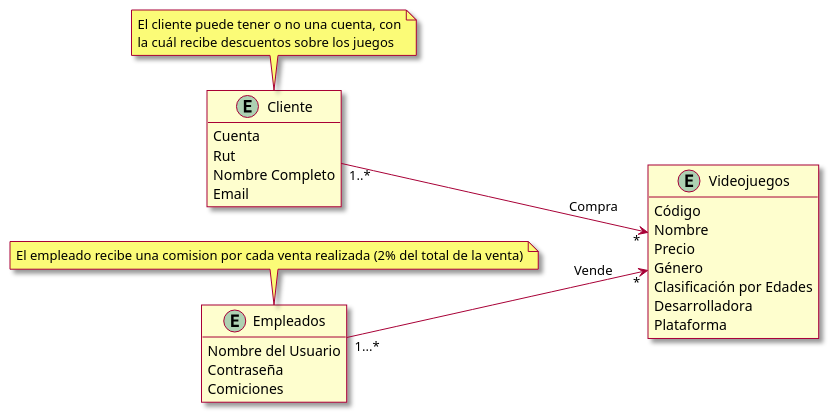
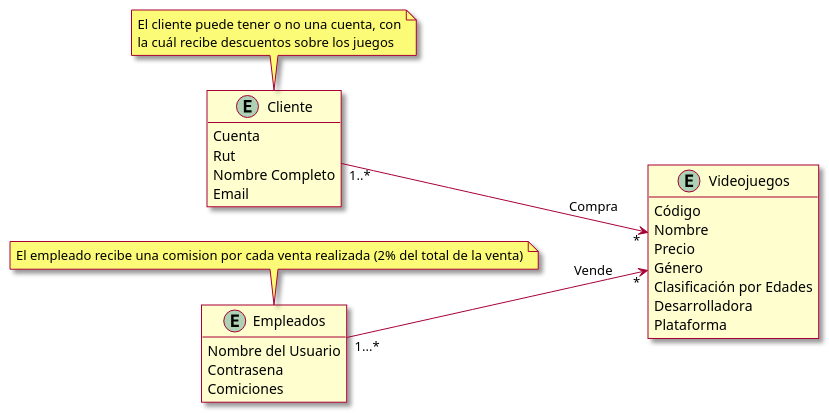
One commit to SrMoebius/-PA-Taller1_AguileraRodrigo-Cort-sDiego changed the diagram in src/Modelo del Dominio.puml. Above: the diagram before and after it, drawn with PlantUML.

Commit message:
fix: update domain model

```diff
--- a/src/Modelo del Dominio.puml
+++ b/src/Modelo del Dominio.puml
@@ -1,44 +1,44 @@
 @startuml
 'https://plantuml.com/sequence-diagram
 
 left to right direction
 skin rose
 hide methods
 
 'ENTIDADES
 
 entity Empleados{
     Nombre del Usuario
-    Contraseña
+    Contrasena
     Comiciones
 }
 
 entity Videojuegos{
     Código
     Nombre
     Precio
     Género
     Clasificación por Edades
     Desarrolladora
     Plataforma
 }
 
 entity Cliente{
     Cuenta
     Rut
     Nombre Completo
     Email
 }
 
 'NOTAS
 note "El cliente puede tener o no una cuenta, con\nla cuál recibe descuentos sobre los juegos" as Nota1
 note "El empleado recibe una comision por cada venta realizada (2% del total de la venta)" as Nota2
 
 'RELACIONES
 Empleados "1...*" --> "*" Videojuegos : Vende
 Cliente "1..*" --> "*" Videojuegos : Compra
 
 Nota1 -> Cliente
 Nota2 -> Empleados
 
 @enduml
```
